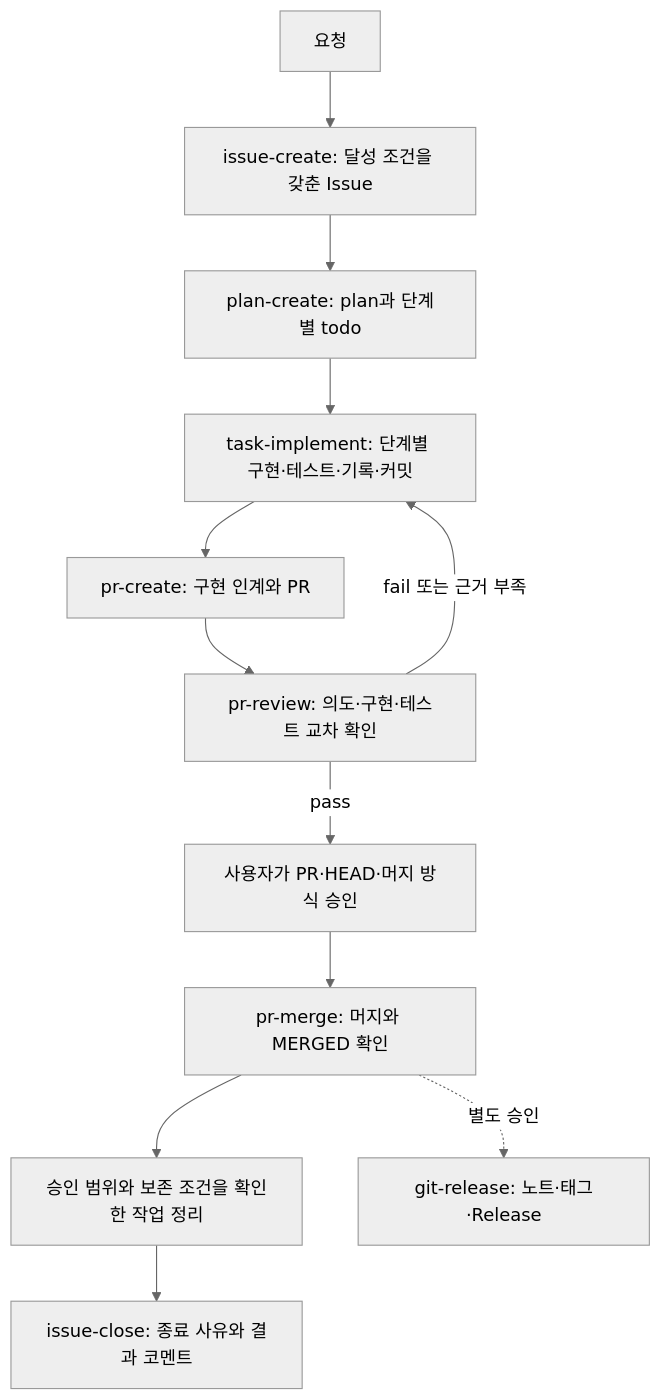
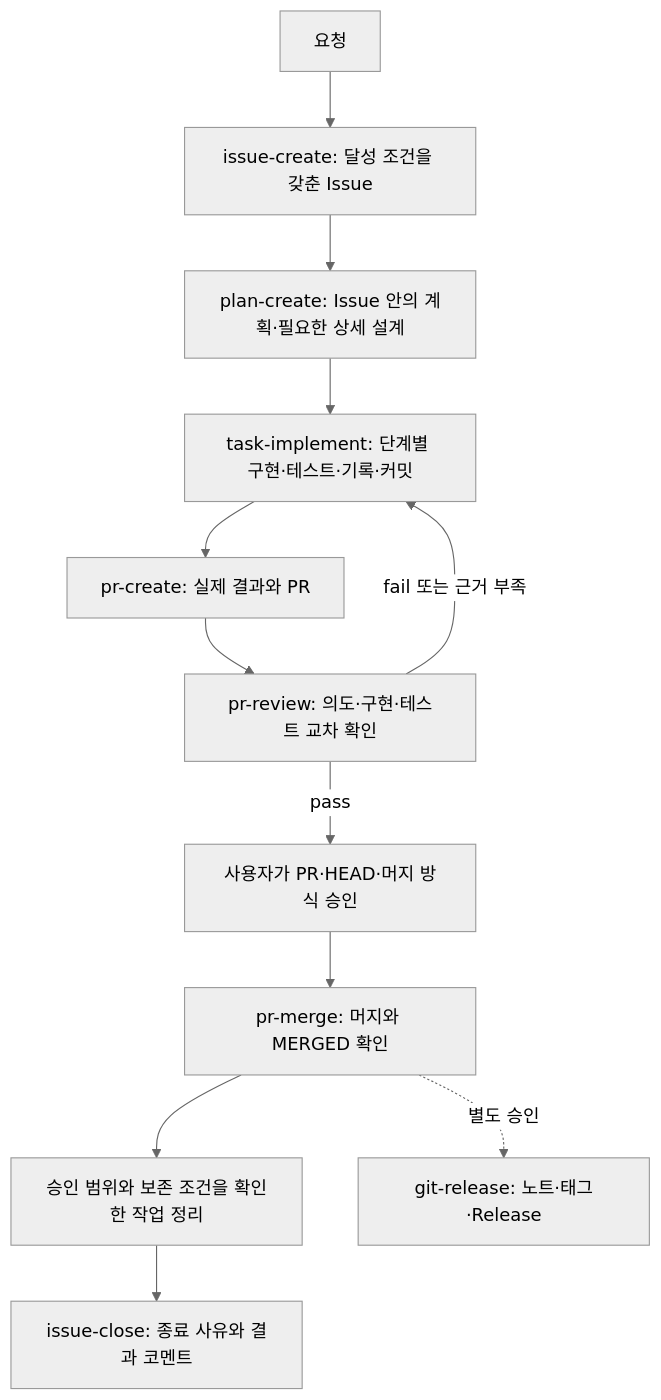
Before and after one commit to insung/git-workflow: the diagram in README.ko.md, drawn with Mermaid (neutral theme). The commit also changed other lines of this file and 33 other files, not shown here.

First line of the commit message:
feat(plan-create): Issue 중심 계획과 조건부 작업 문서로 재설계

````diff
--- a/README.ko.md
+++ b/README.ko.md
@@ -40,14 +40,14 @@
 ```mermaid
 flowchart TD
     A[요청] --> B[issue-create: 달성 조건을 갖춘 Issue]
-    B --> C[plan-create: plan과 단계별 todo]
+    B --> C[plan-create: Issue 안의 계획·필요한 상세 설계]
     C --> D[task-implement: 단계별 구현·테스트·기록·커밋]
-    D --> E[pr-create: 구현 인계와 PR]
+    D --> E[pr-create: 실제 결과와 PR]
     E --> F[pr-review: 의도·구현·테스트 교차 확인]
     F -->|fail 또는 근거 부족| D
     F -->|pass| G[사용자가 PR·HEAD·머지 방식 승인]
     G --> H[pr-merge: 머지와 MERGED 확인]
     H --> J[승인 범위와 보존 조건을 확인한 작업 정리]
     J --> K[issue-close: 종료 사유와 결과 코멘트]
     H -. 별도 승인 .-> I[git-release: 노트·태그·Release]
 ```
````
